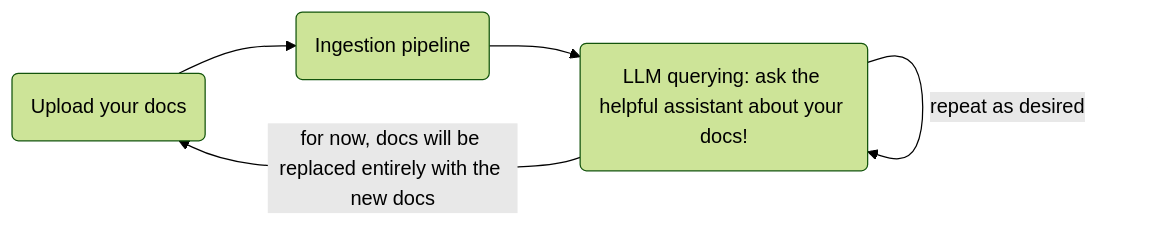
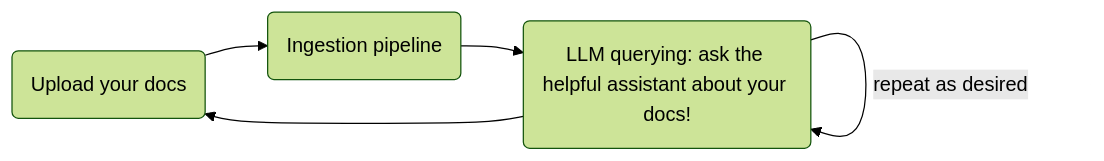
One commit to svalenziano/yara changed the first of 4 diagrams in README.md. Above: the diagram before and after it, drawn with Mermaid (forest theme). The commit also changed other lines of this file, not shown here.

````diff
--- a/README.md
+++ b/README.md
@@ -18,11 +30,11 @@
 ```mermaid
     flowchart LR
         a(Upload your docs)
         b(Ingestion pipeline)
         c(LLM querying: ask the helpful assistant about your docs!)
 
         a-->b
         b-->c
         c--"repeat as desired"-->c
-        c--"for now, docs will be replaced entirely with the new docs"-->a
+        c-->a
 ```
````
